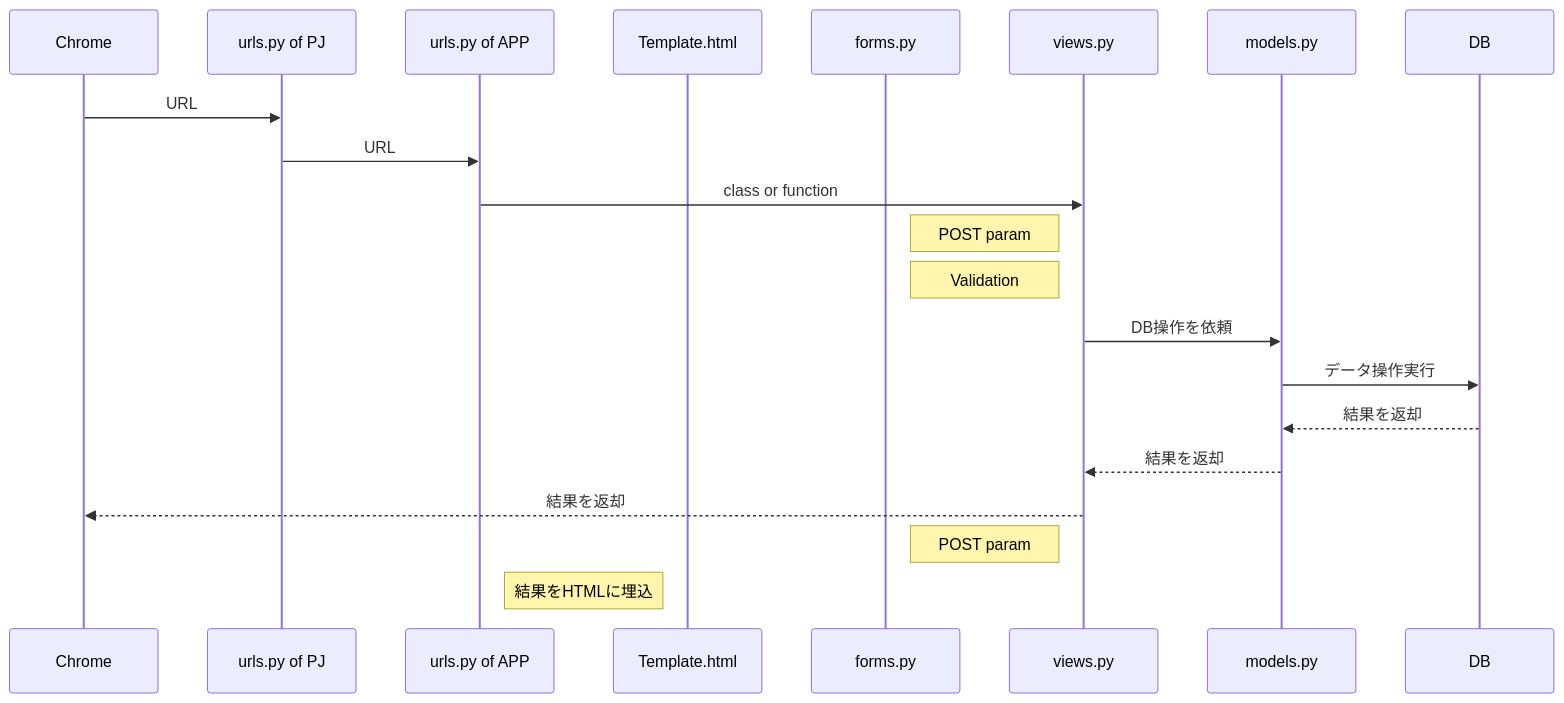
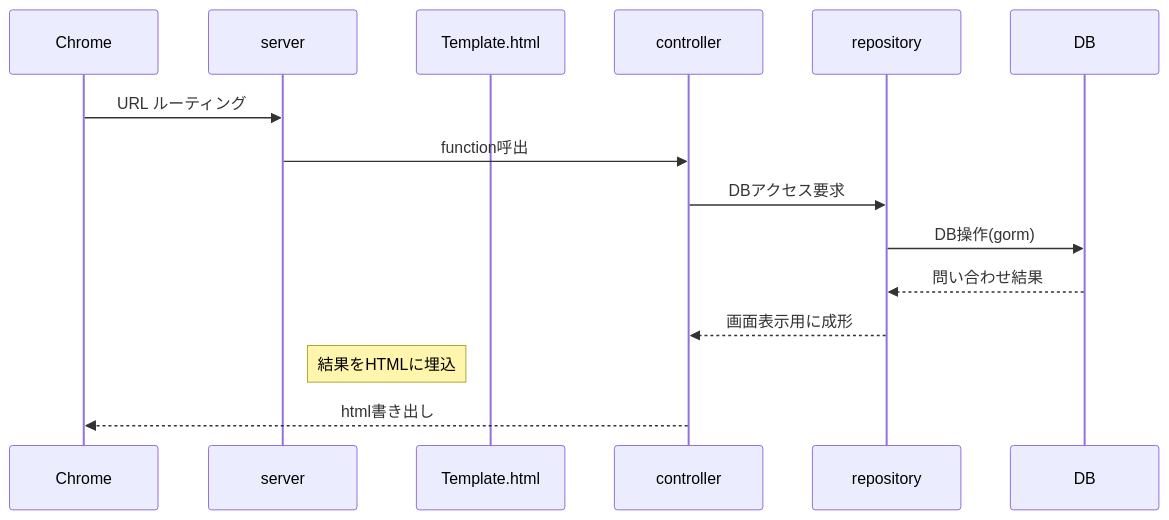
Before and after one commit to Hara-Seiichi/web-sites: the first of 2 diagrams in Golang_Gin.md, drawn with Mermaid. The commit also changed other lines of this file, not shown here.

````diff
--- a/Golang_Gin.md
+++ b/Golang_Gin.md
@@ -78,19 +104,13 @@
 ```mermaid
 sequenceDiagram
     participant Chrome
-    Chrome->>urls.py of PJ: URL
-    urls.py of PJ->>urls.py of APP: URL
+    Chrome->>server: URL ルーティング
     participant Template.html
-    participant forms.py
-    urls.py of APP->>views.py: class or function
-    Note right of forms.py: POST param
-    Note right of forms.py: Validation
-    views.py->>models.py: DB操作を依頼
-    models.py->>DB: データ操作実行
-    DB-->>models.py: 結果を返却
-    models.py-->>views.py: 結果を返却
-    views.py-->>Chrome: 結果を返却
-    Note left of views.py: POST param
-    participant DB
+    server->>controller: function呼出
+    controller->>repository: DBアクセス要求
+    repository->>DB : DB操作(gorm)
+    DB-->>repository : 問い合わせ結果
+    repository-->>controller : 画面表示用に成形
     Note left of Template.html: 結果をHTMLに埋込
+    controller-->>Chrome : html書き出し
 ```
````
